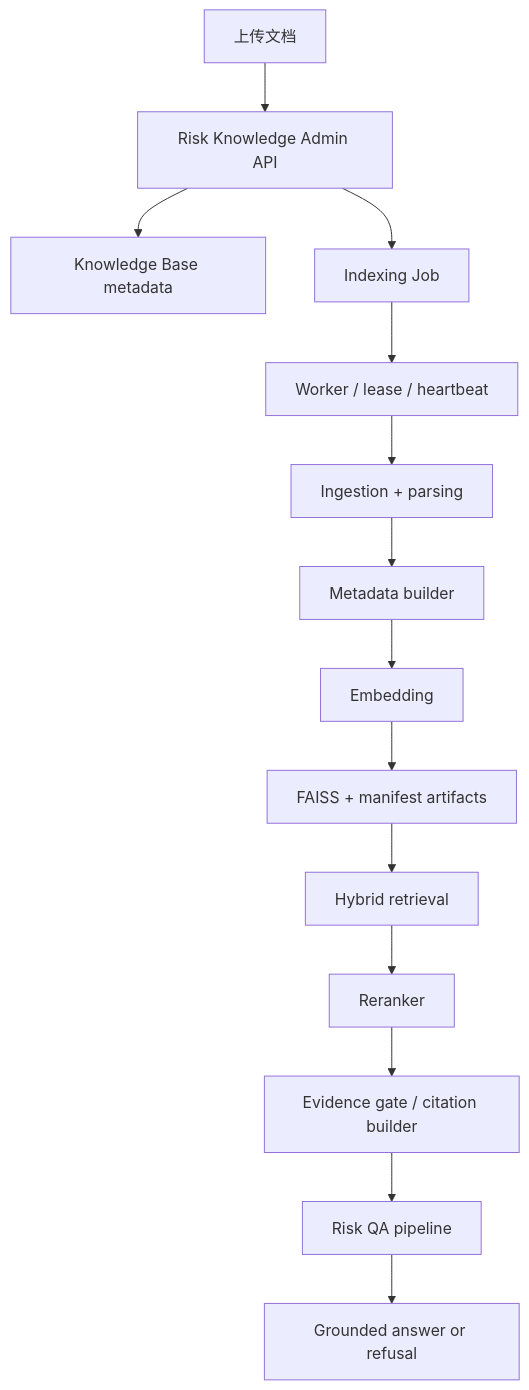
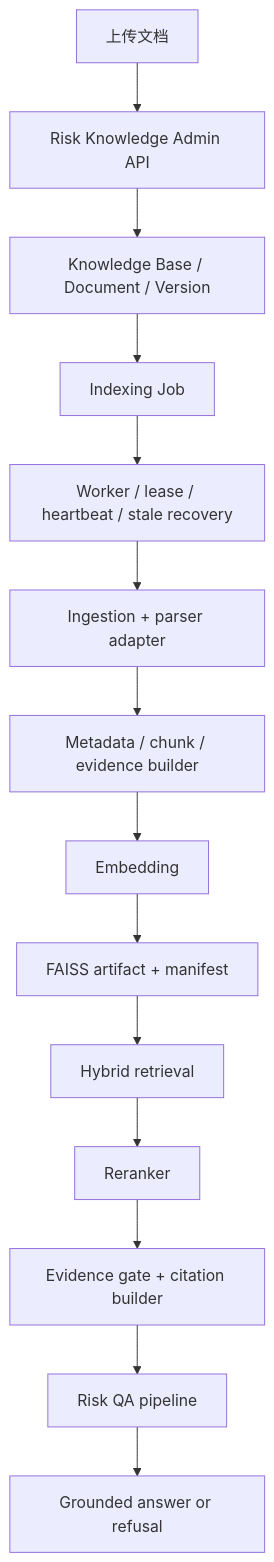
One commit to lizheng33193/CHORD changed the seventh of 10 diagrams in README.md. Above: the diagram before and after it, drawn with Mermaid. The commit also changed other lines of this file, not shown here.

````diff
--- a/README.md
+++ b/README.md
@@ -170,16 +799,16 @@
 ```mermaid
 flowchart TD
   Upload["上传文档"] --> Admin["Risk Knowledge Admin API"]
-  Admin --> KB["Knowledge Base metadata"]
-  Admin --> Job["Indexing Job"]
-  Job --> Worker["Worker / lease / heartbeat"]
-  Worker --> Ingest["Ingestion + parsing"]
-  Ingest --> Meta["Metadata builder"]
-  Meta --> Embed["Embedding"]
-  Embed --> Faiss["FAISS + manifest artifacts"]
-  Faiss --> Retrieve["Hybrid retrieval"]
-  Retrieve --> Rerank["Reranker"]
-  Rerank --> Evidence["Evidence gate / citation builder"]
+  Admin --> KB["Knowledge Base / Document / Version"]
+  KB --> Job["Indexing Job"]
+  Job --> Worker["Worker / lease / heartbeat / stale recovery"]
+  Worker --> Ingestion["Ingestion + parser adapter"]
+  Ingestion --> Metadata["Metadata / chunk / evidence builder"]
+  Metadata --> Embedding["Embedding"]
+  Embedding --> Faiss["FAISS artifact + manifest"]
+  Faiss --> Retrieval["Hybrid retrieval"]
+  Retrieval --> Rerank["Reranker"]
+  Rerank --> Evidence["Evidence gate + citation builder"]
   Evidence --> QA["Risk QA pipeline"]
   QA --> Answer["Grounded answer or refusal"]
 ```
````
